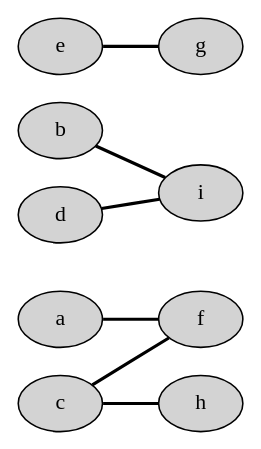
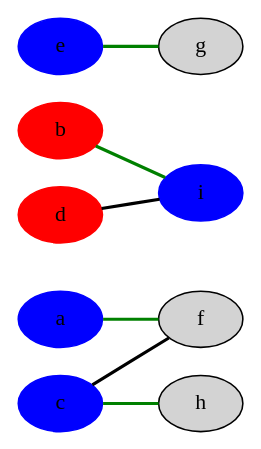
Before and after one commit to jaanos/optimizacijske-metode: the first of 8 diagrams in zapiski/2020/2020-04-10.md, drawn with Graphviz. The commit also changed other lines of this file, not shown here.

````diff
--- a/zapiski/2020/2020-04-10.md
+++ b/zapiski/2020/2020-04-10.md
@@ -15,14 +27,21 @@
 ```graphviz
 graph G1 {
     rankdir=LR
     node [style=filled]
     edge [penwidth=2]
 
-    a -- f
-    b -- i
+    a -- f [color=green]
+    b -- i [color=green]
     c -- f
-    c -- h
+    c -- h [color=green]
     d -- i
-    e -- g
+    e -- g [color=green]
+
+    d [color=red]
+    i [color=blue]
+    b [color=red]
+    a [color=blue]
+    c [color=blue]
+    e [color=blue]
 }
 ```
````
